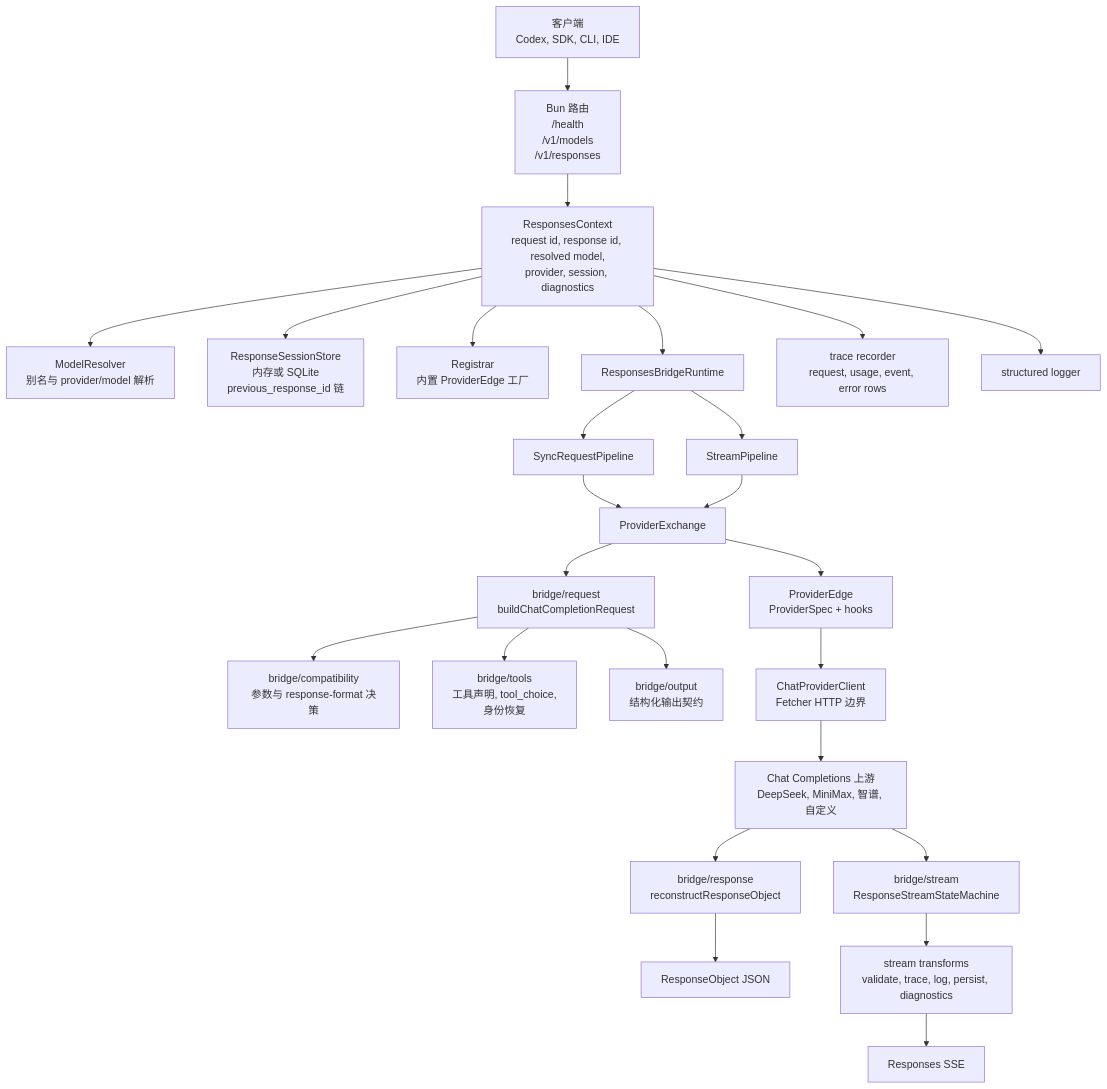
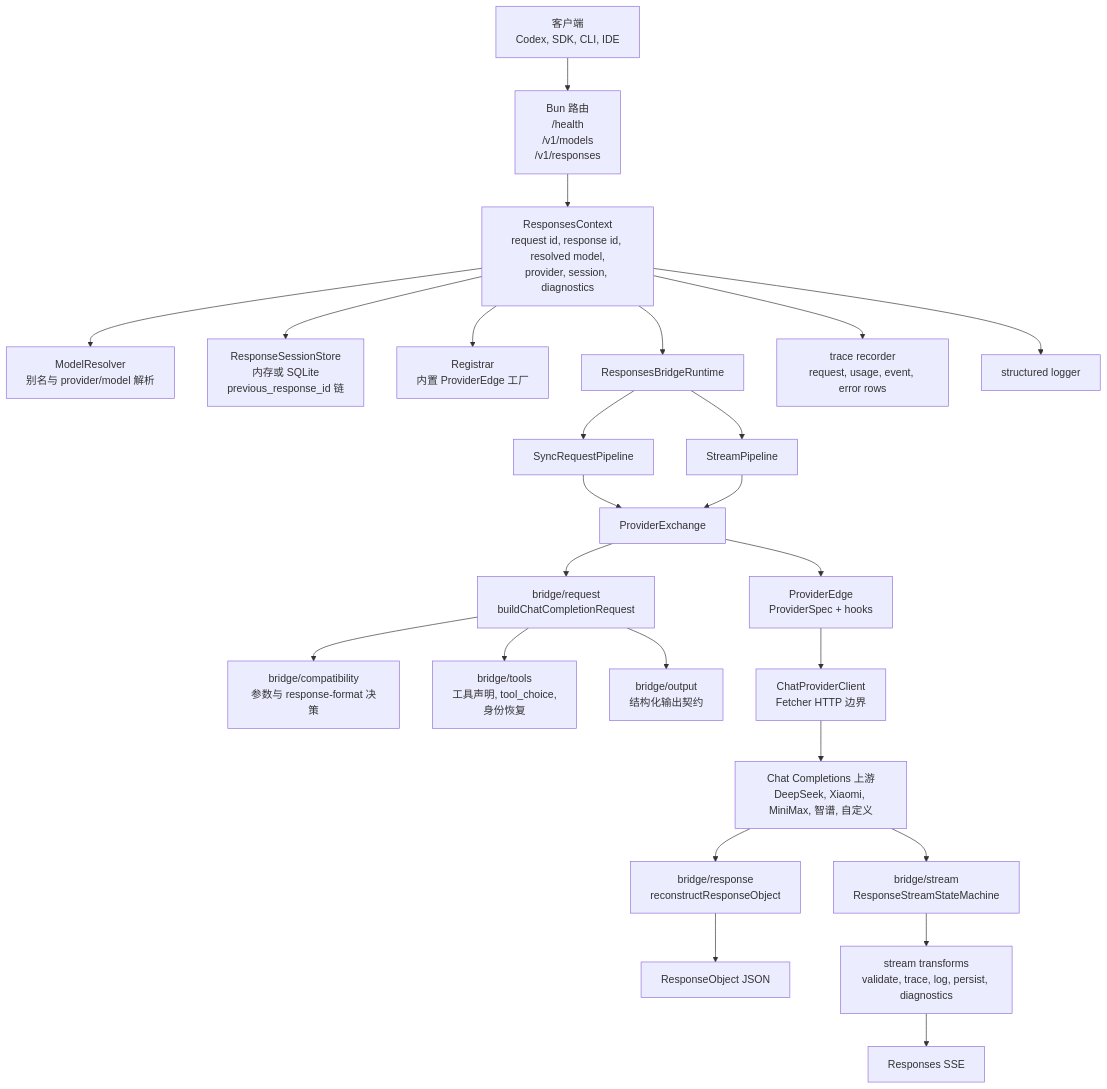
Before and after one commit to zamelee/GodeX: the first of 2 diagrams in README.zh-CN.md, drawn with Mermaid. The commit also changed other lines of this file and 1 other file, not shown here.

First line of the commit message:
docs: add Xiaomi provider to README and README.zh-CN

````diff
--- a/README.zh-CN.md
+++ b/README.zh-CN.md
@@ -38,33 +39,33 @@
 ```mermaid
 flowchart TB
   Client["客户端<br>Codex, SDK, CLI, IDE"] --> Routes["Bun 路由<br>/health<br>/v1/models<br>/v1/responses"]
   Routes --> Ctx["ResponsesContext<br>request id, response id, resolved model,<br>provider, session, diagnostics"]
 
   Ctx --> Resolver["ModelResolver<br>别名与 provider/model 解析"]
   Ctx --> Session["ResponseSessionStore<br>内存或 SQLite<br>previous_response_id 链"]
   Ctx --> Registrar["Registrar<br>内置 ProviderEdge 工厂"]
   Ctx --> Runtime["ResponsesBridgeRuntime"]
 
   Runtime --> Sync["SyncRequestPipeline"]
   Runtime --> Stream["StreamPipeline"]
   Sync --> Exchange["ProviderExchange"]
   Stream --> Exchange
 
   Exchange --> Builder["bridge/request<br>buildChatCompletionRequest"]
   Builder --> Compat["bridge/compatibility<br>参数与 response-format 决策"]
   Builder --> Tools["bridge/tools<br>工具声明, tool_choice,<br>身份恢复"]
   Builder --> Output["bridge/output<br>结构化输出契约"]
 
   Exchange --> Edge["ProviderEdge<br>ProviderSpec + hooks"]
   Edge --> ClientHttp["ChatProviderClient<br>Fetcher HTTP 边界"]
-  ClientHttp --> Upstream["Chat Completions 上游<br>DeepSeek, MiniMax, 智谱, 自定义"]
+  ClientHttp --> Upstream["Chat Completions 上游<br>DeepSeek, Xiaomi, MiniMax, 智谱, 自定义"]
 
   Upstream --> SyncRecon["bridge/response<br>reconstructResponseObject"]
   Upstream --> StreamRecon["bridge/stream<br>ResponseStreamStateMachine"]
   SyncRecon --> ResponseJson["ResponseObject JSON"]
   StreamRecon --> StreamTransforms["stream transforms<br>validate, trace, log, persist, diagnostics"]
   StreamTransforms --> Sse["Responses SSE"]
 
   Ctx --> Trace["trace recorder<br>request, usage, event, error rows"]
   Ctx --> Logger["structured logger"]
 ```
````
